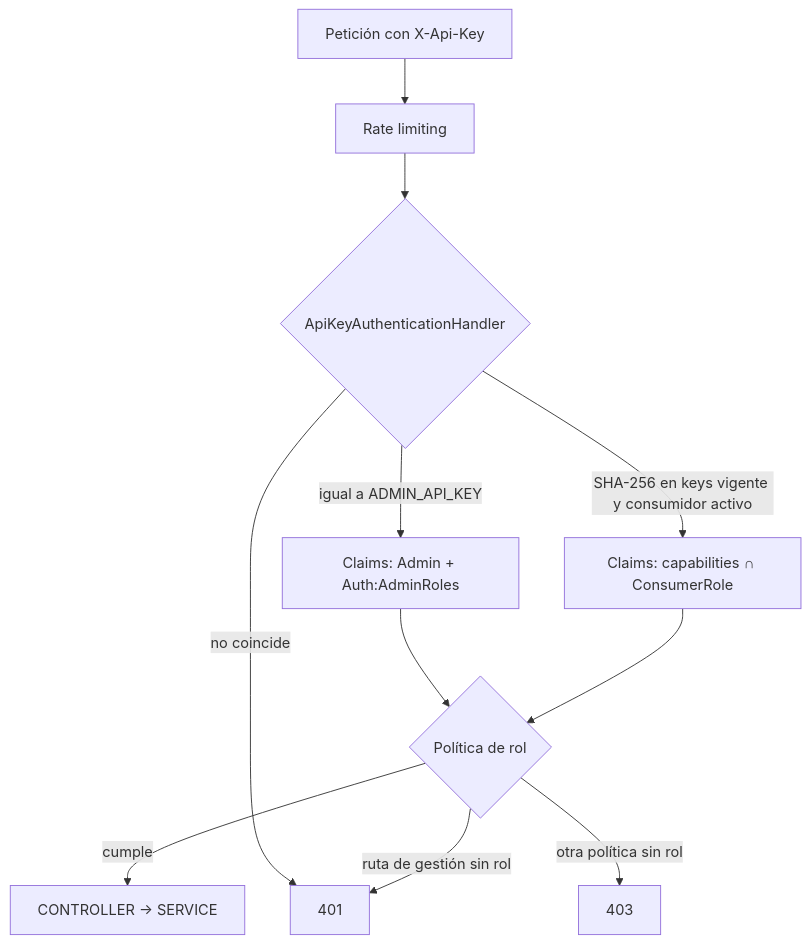
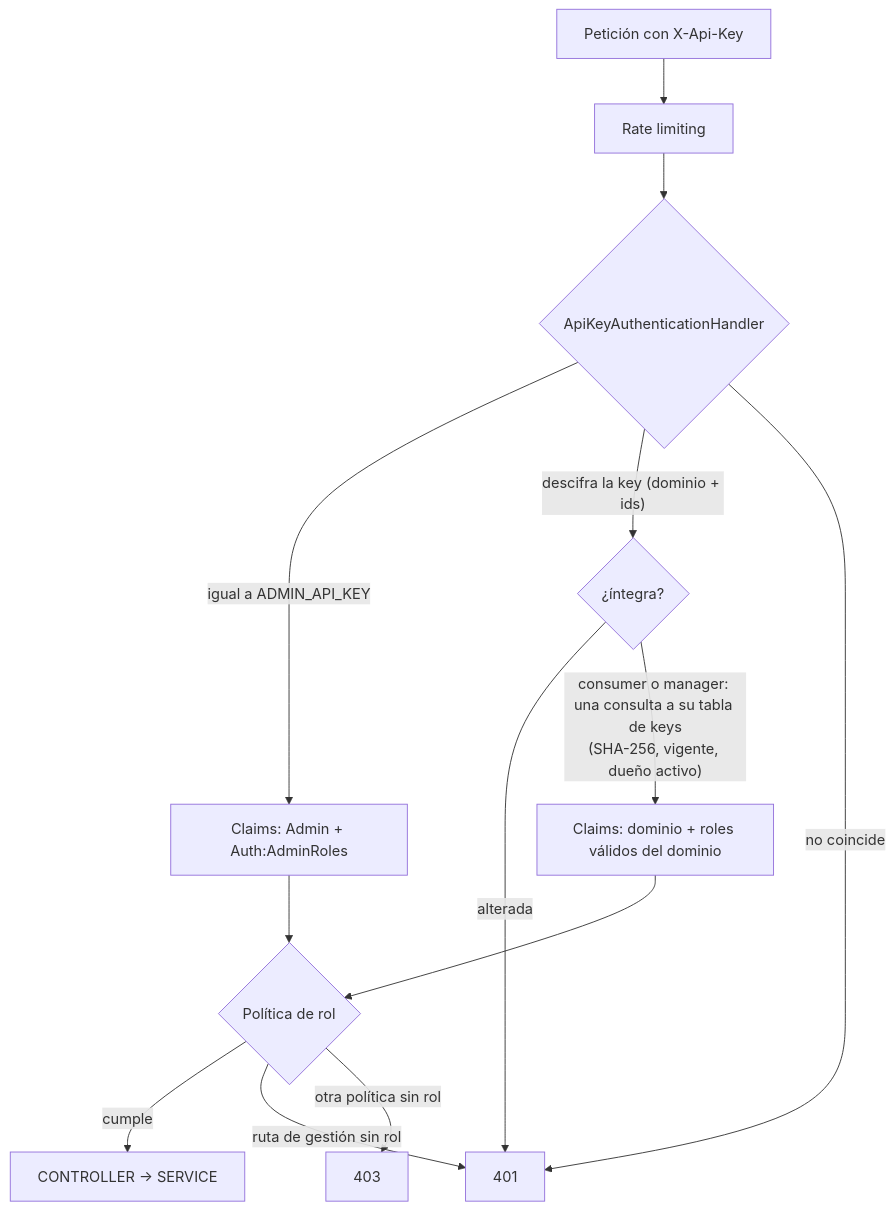
The fourth of 6 diagrams in Planes/email-service-plan.md (YefraSoft/obsidian-notes), drawn with Mermaid before and after one commit. The commit also changed other lines of this file and 5 other files, not shown here.

````diff
--- a/Planes/email-service-plan.md
+++ b/Planes/email-service-plan.md
@@ -184,13 +185,15 @@
 ```mermaid
 flowchart TD
     REQ["Petición con X-Api-Key"] --> RL["Rate limiting"]
     RL --> AUTH{"ApiKeyAuthenticationHandler"}
     AUTH -->|"igual a ADMIN_API_KEY"| ADM["Claims: Admin + Auth:AdminRoles"]
-    AUTH -->|"SHA-256 en keys vigente y consumidor activo"| CON["Claims: capabilities ∩ ConsumerRole"]
+    AUTH -->|"descifra la key (dominio + ids)"| DEC{"¿íntegra?"}
+    DEC -->|"alterada"| F401
+    DEC -->|"consumer o manager: una consulta a su tabla de keys<br/>(SHA-256, vigente, dueño activo)"| CON["Claims: dominio + roles válidos del dominio"]
     AUTH -->|"no coincide"| F401["401"]
     ADM --> POL{"Política de rol"}
     CON --> POL
     POL -->|"cumple"| CTRL["CONTROLLER → SERVICE"]
     POL -->|"ruta de gestión sin rol"| F401
     POL -->|"otra política sin rol"| F403["403"]
 ```
````
